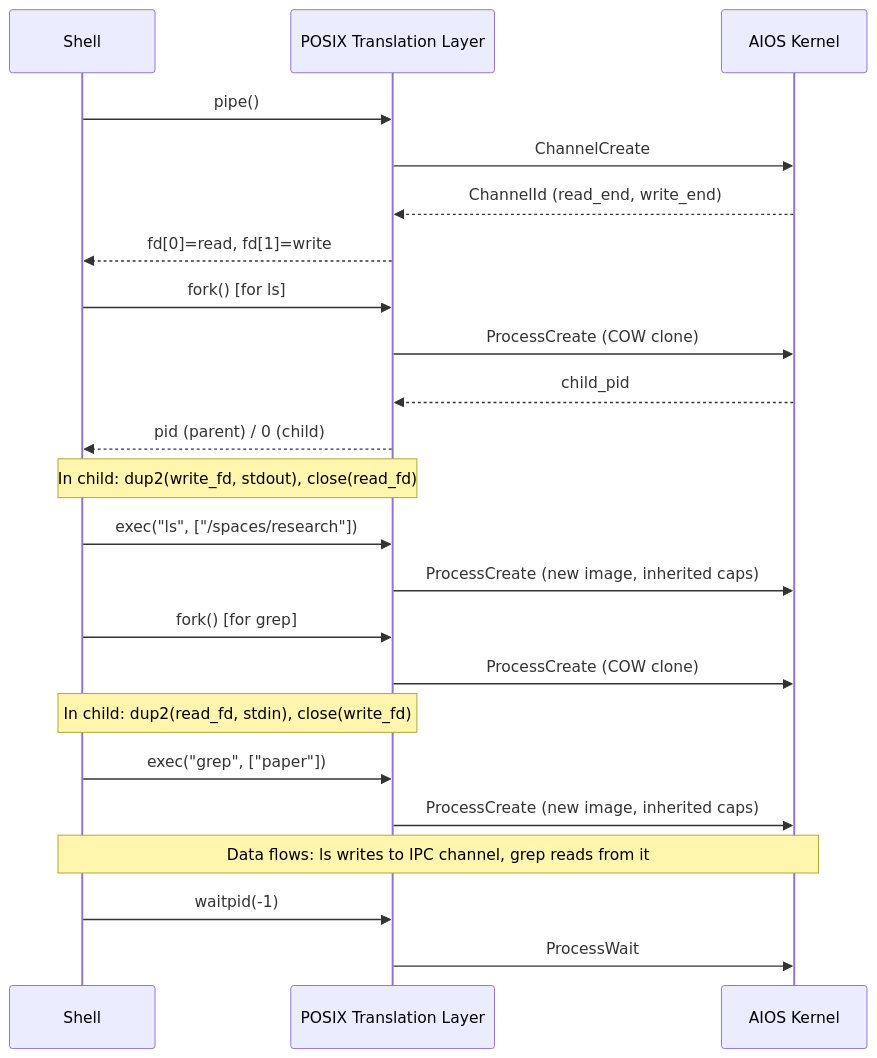
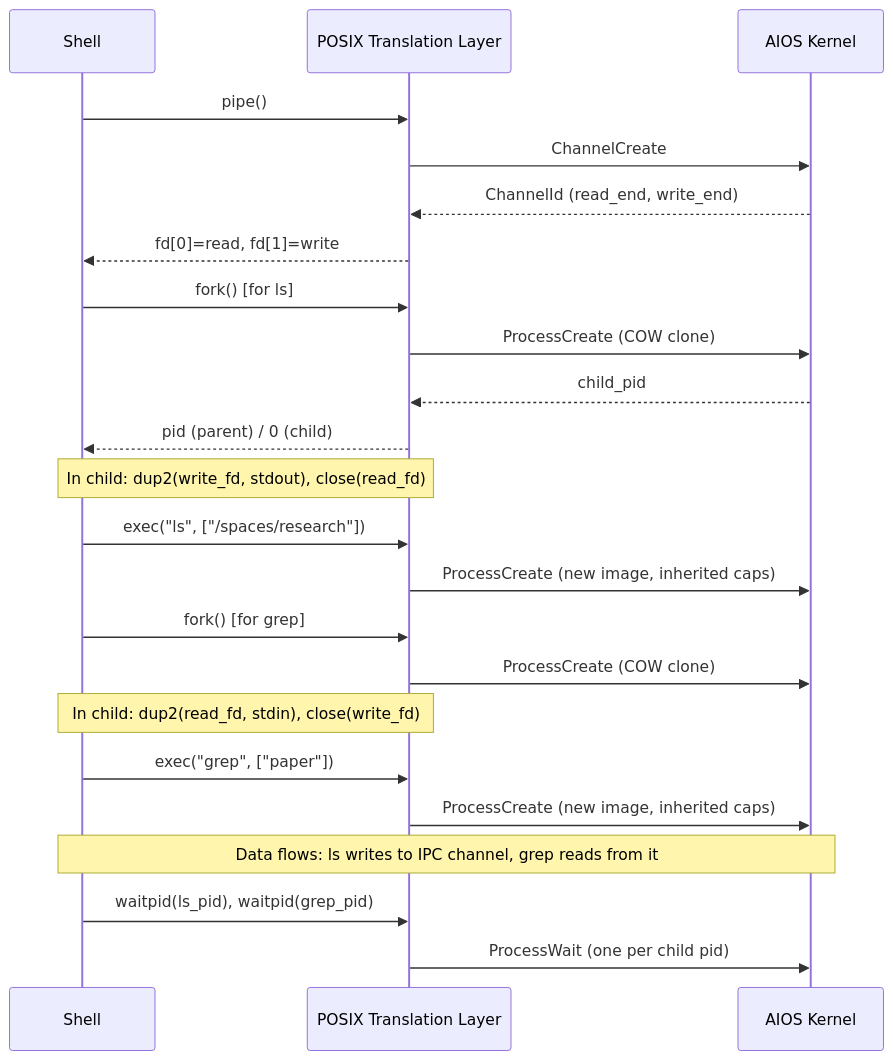
The third of 4 diagrams in docs/platform/posix.md (juslee/aios), drawn with Mermaid before and after one commit. The commit also changed other lines of this file and 12 other files, not shown here.

First line of the commit message:
Cap lifetime step 15: architecture docs

````diff
--- a/docs/platform/posix.md
+++ b/docs/platform/posix.md
@@ -628,30 +628,30 @@
 ```mermaid
 sequenceDiagram
     participant Shell
     participant PTL as POSIX Translation Layer
     participant Kernel as AIOS Kernel
 
     Shell->>PTL: pipe()
     PTL->>Kernel: ChannelCreate
     Kernel-->>PTL: ChannelId (read_end, write_end)
     PTL-->>Shell: fd[0]=read, fd[1]=write
 
     Shell->>PTL: fork() [for ls]
     PTL->>Kernel: ProcessCreate (COW clone)
     Kernel-->>PTL: child_pid
     PTL-->>Shell: pid (parent) / 0 (child)
 
     Note over Shell,PTL: In child: dup2(write_fd, stdout), close(read_fd)
     Shell->>PTL: exec("ls", ["/spaces/research"])
     PTL->>Kernel: ProcessCreate (new image, inherited caps)
 
     Shell->>PTL: fork() [for grep]
     PTL->>Kernel: ProcessCreate (COW clone)
     Note over Shell,PTL: In child: dup2(read_fd, stdin), close(write_fd)
     Shell->>PTL: exec("grep", ["paper"])
     PTL->>Kernel: ProcessCreate (new image, inherited caps)
 
     Note over Shell,Kernel: Data flows: ls writes to IPC channel, grep reads from it
-    Shell->>PTL: waitpid(-1)
-    PTL->>Kernel: ProcessWait
+    Shell->>PTL: waitpid(ls_pid), waitpid(grep_pid)
+    PTL->>Kernel: ProcessWait (one per child pid)
 ```
````
